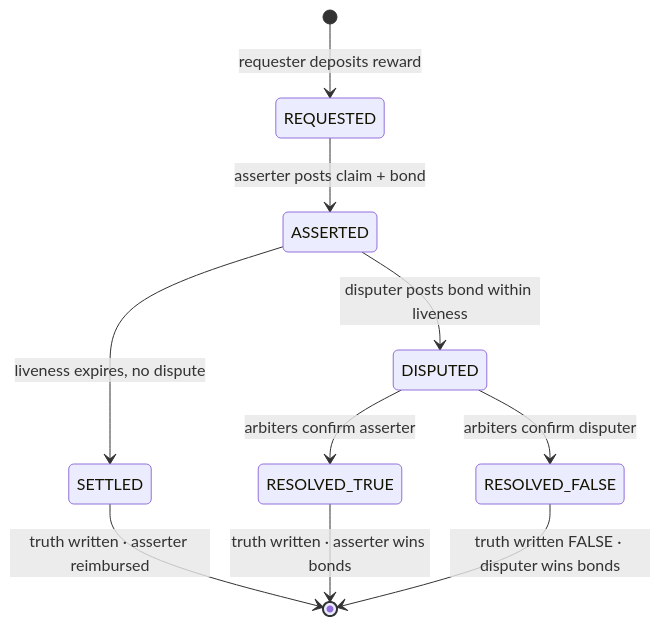
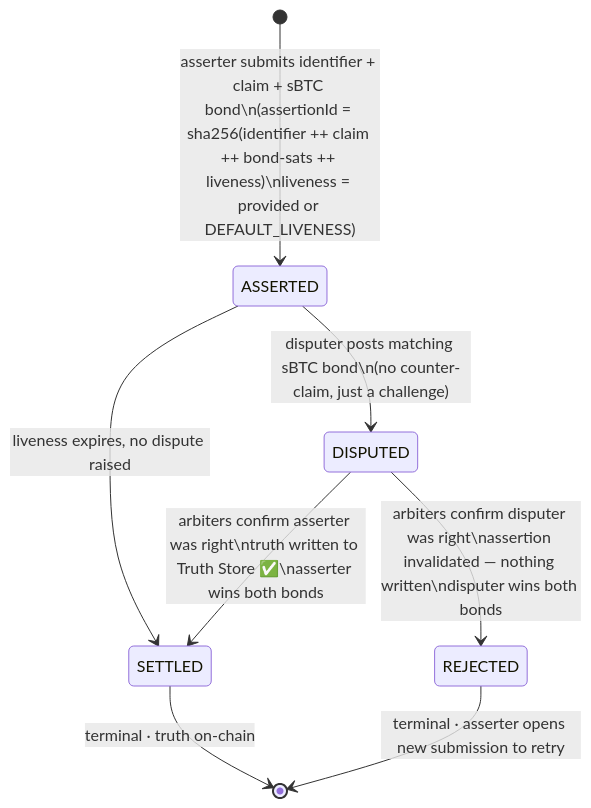
The second of 2 diagrams in docs/ARCHITECTURE.md (lucky-ivanius/coo), drawn with Mermaid before and after one commit. The commit also changed other lines of this file and 2 other files, not shown here.

````diff
--- a/docs/ARCHITECTURE.md
+++ b/docs/ARCHITECTURE.md
@@ -85,16 +84,13 @@
 ```mermaid
 stateDiagram-v2
-    [*] --> REQUESTED : requester deposits reward
+    [*] --> ASSERTED : asserter submits identifier + claim + sBTC bond\n(assertionId = sha256(identifier ++ claim ++ bond-sats ++ liveness)\nliveness = provided or DEFAULT_LIVENESS)
 
-    REQUESTED --> ASSERTED : asserter posts claim + bond
+    ASSERTED --> SETTLED : liveness expires, no dispute raised
+    ASSERTED --> DISPUTED : disputer posts matching sBTC bond\n(no counter-claim, just a challenge)
 
-    ASSERTED --> SETTLED : liveness expires, no dispute
-    ASSERTED --> DISPUTED : disputer posts bond within liveness
+    DISPUTED --> SETTLED : arbiters confirm asserter was right\ntruth written to Truth Store ✅\nasserter wins both bonds
+    DISPUTED --> REJECTED : arbiters confirm disputer was right\nassertion invalidated — nothing written\ndisputer wins both bonds
 
-    DISPUTED --> RESOLVED_TRUE : arbiters confirm asserter
-    DISPUTED --> RESOLVED_FALSE : arbiters confirm disputer
-
-    SETTLED --> [*] : truth written · asserter reimbursed
-    RESOLVED_TRUE --> [*] : truth written · asserter wins bonds
-    RESOLVED_FALSE --> [*] : truth written FALSE · disputer wins bonds
+    SETTLED --> [*] : terminal · truth on-chain
+    REJECTED --> [*] : terminal · asserter opens new submission to retry
 ```
````
